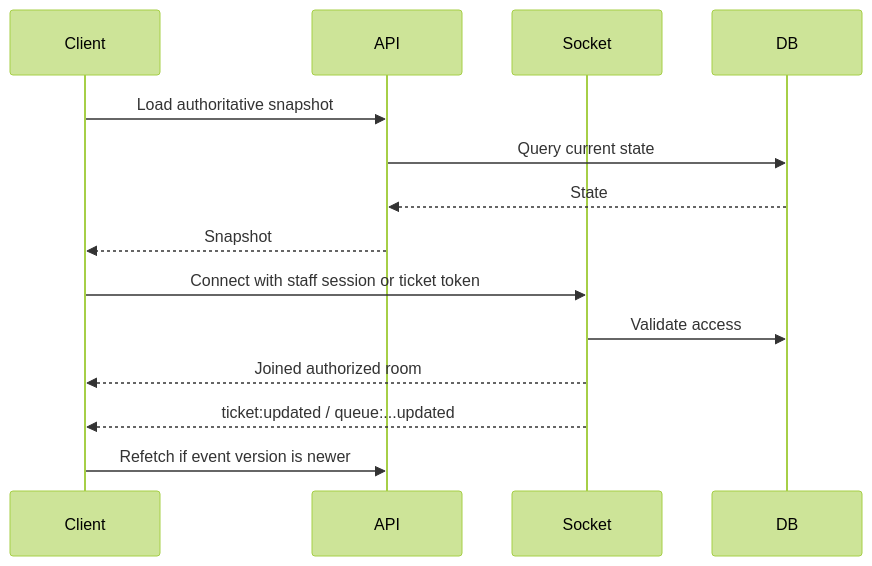
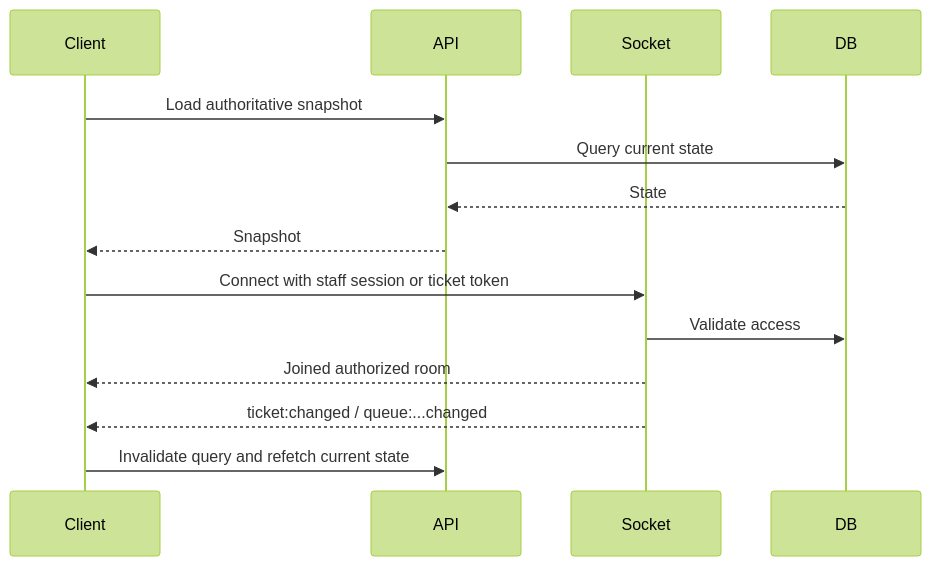
The eighth of 22 diagrams in MVP-CONCEPTION-BLUEPRINT.md (GG-Theodore89/H-qeue-systeme), drawn with Mermaid (forest theme) before and after one commit. The commit also changed other lines of this file, not shown here.

````diff
--- a/MVP-CONCEPTION-BLUEPRINT.md
+++ b/MVP-CONCEPTION-BLUEPRINT.md
@@ -444,17 +465,17 @@
 ```mermaid
 sequenceDiagram
     participant Client
     participant API
     participant Socket
     participant DB
 
     Client->>API: Load authoritative snapshot
     API->>DB: Query current state
     DB-->>API: State
     API-->>Client: Snapshot
     Client->>Socket: Connect with staff session or ticket token
     Socket->>DB: Validate access
     Socket-->>Client: Joined authorized room
-    Socket-->>Client: ticket:updated / queue:...updated
-    Client->>API: Refetch if event version is newer
+    Socket-->>Client: ticket:changed / queue:...changed
+    Client->>API: Invalidate query and refetch current state
 ```
````
